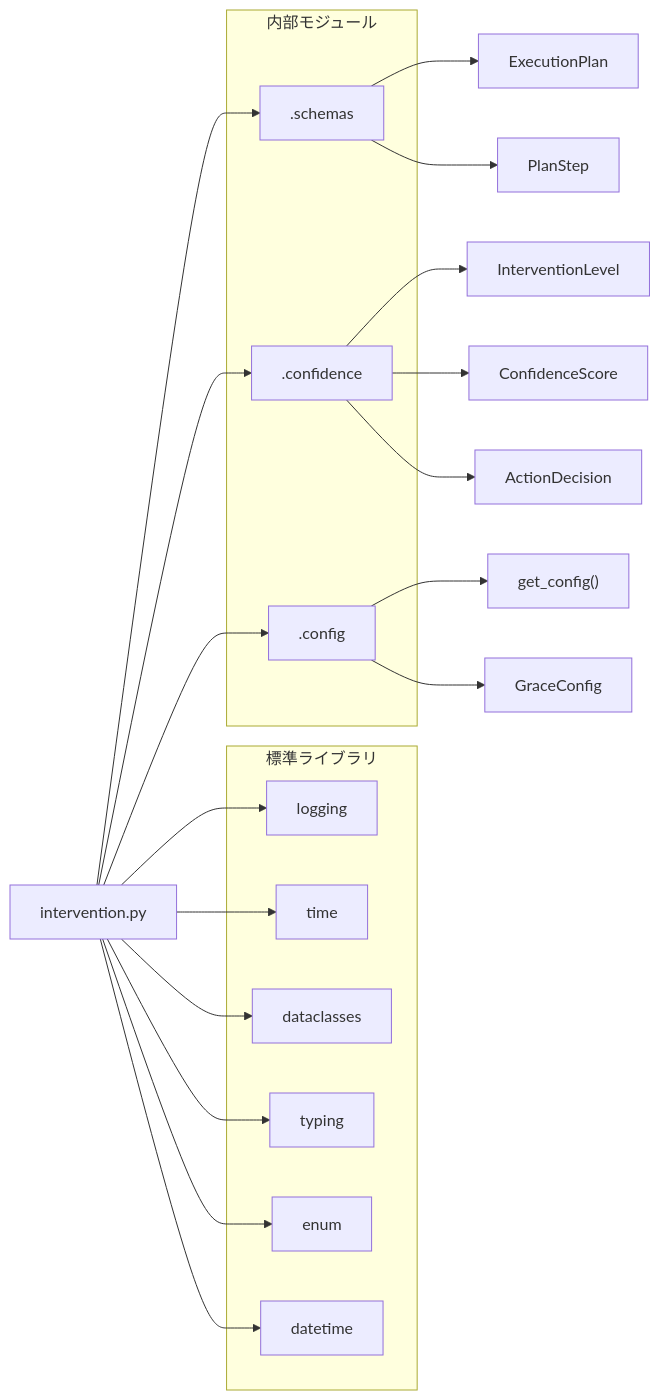
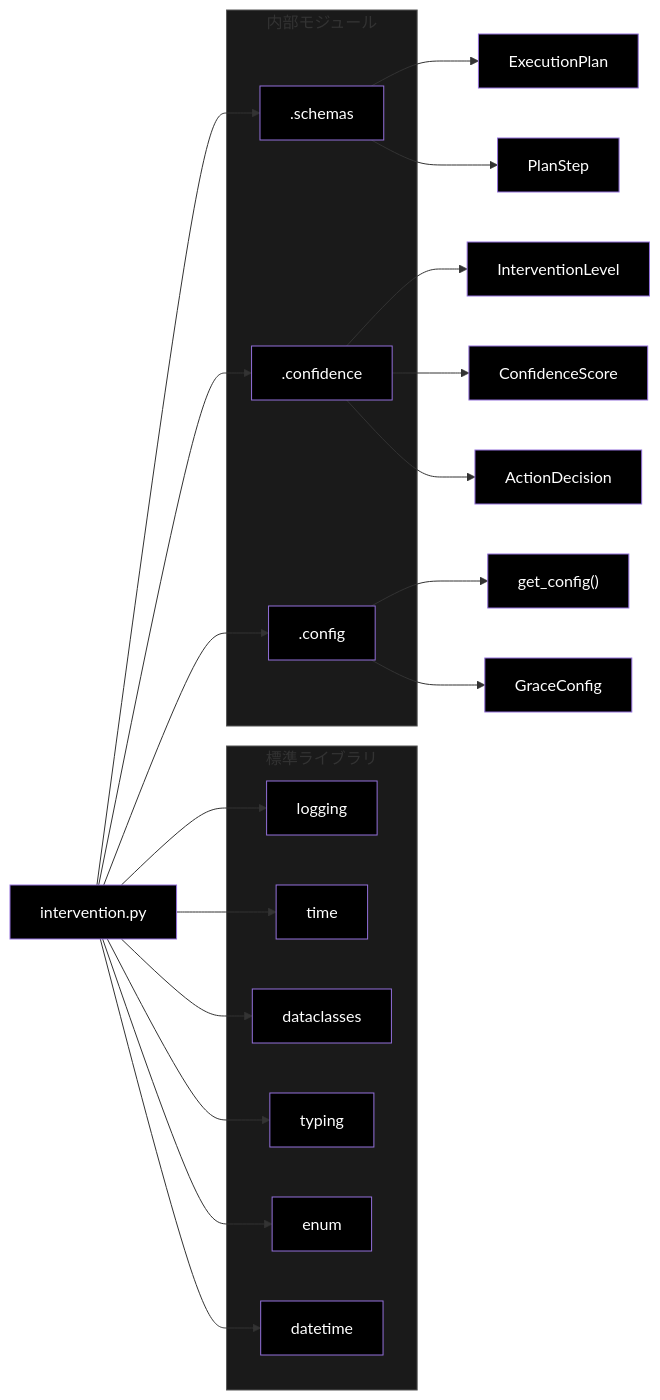
Before and after one commit to nakashima2toshio/anthropic_grace_agent: the third of 3 diagrams in grace/doc/intervention.md, drawn with Mermaid. The commit also changed other lines of this file and 18 other files, not shown here.

````diff
--- a/grace/doc/intervention.md
+++ b/grace/doc/intervention.md
@@ -1276,37 +1327,57 @@
 ```mermaid
 flowchart LR
     INTERVENTION[intervention.py]
 
     subgraph STDLIB["標準ライブラリ"]
         LOGGING[logging]
         TIME[time]
         DATACLASSES[dataclasses]
         TYPING[typing]
         ENUM_LIB[enum]
         DATETIME[datetime]
     end
 
     subgraph INTERNAL["内部モジュール"]
         SCHEMAS[".schemas"]
         CONFIDENCE[".confidence"]
         CONFIG[".config"]
     end
 
     INTERVENTION --> LOGGING
     INTERVENTION --> TIME
     INTERVENTION --> DATACLASSES
     INTERVENTION --> TYPING
     INTERVENTION --> ENUM_LIB
     INTERVENTION --> DATETIME
     INTERVENTION --> SCHEMAS
     INTERVENTION --> CONFIDENCE
     INTERVENTION --> CONFIG
 
     SCHEMAS --> S1[ExecutionPlan]
     SCHEMAS --> S2[PlanStep]
     CONFIDENCE --> C1[InterventionLevel]
     CONFIDENCE --> C2[ConfidenceScore]
     CONFIDENCE --> C3[ActionDecision]
     CONFIG --> CF1["get_config()"]
     CONFIG --> CF2[GraceConfig]
+
+    style INTERVENTION fill:#000,color:#fff
+    style LOGGING fill:#000,color:#fff
+    style TIME fill:#000,color:#fff
+    style DATACLASSES fill:#000,color:#fff
+    style TYPING fill:#000,color:#fff
+    style ENUM_LIB fill:#000,color:#fff
+    style DATETIME fill:#000,color:#fff
+    style SCHEMAS fill:#000,color:#fff
+    style CONFIDENCE fill:#000,color:#fff
+    style CONFIG fill:#000,color:#fff
+    style S1 fill:#000,color:#fff
+    style S2 fill:#000,color:#fff
+    style C1 fill:#000,color:#fff
+    style C2 fill:#000,color:#fff
+    style C3 fill:#000,color:#fff
+    style CF1 fill:#000,color:#fff
+    style CF2 fill:#000,color:#fff
+    style STDLIB fill:#1a1a1a,stroke:#555
+    style INTERNAL fill:#1a1a1a,stroke:#555
 ```
````
